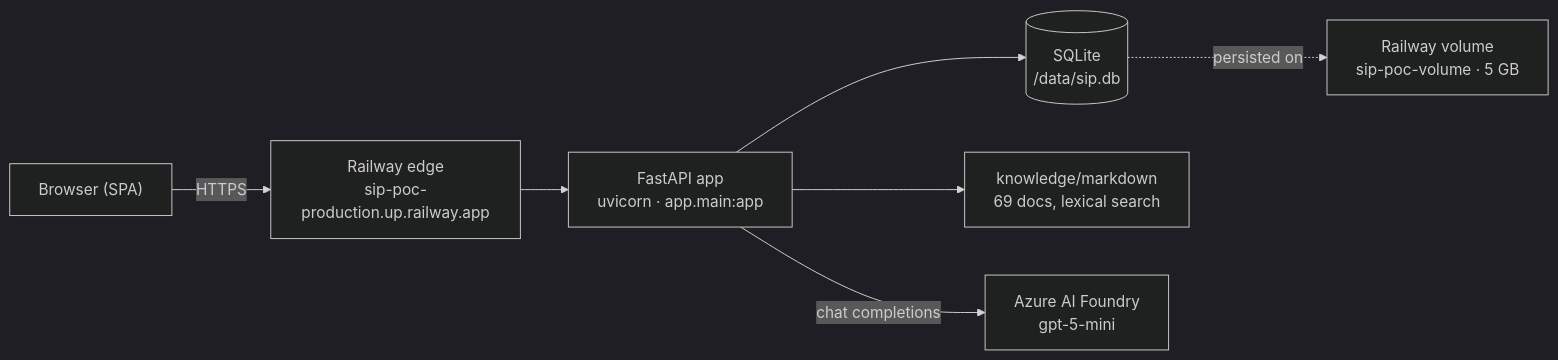
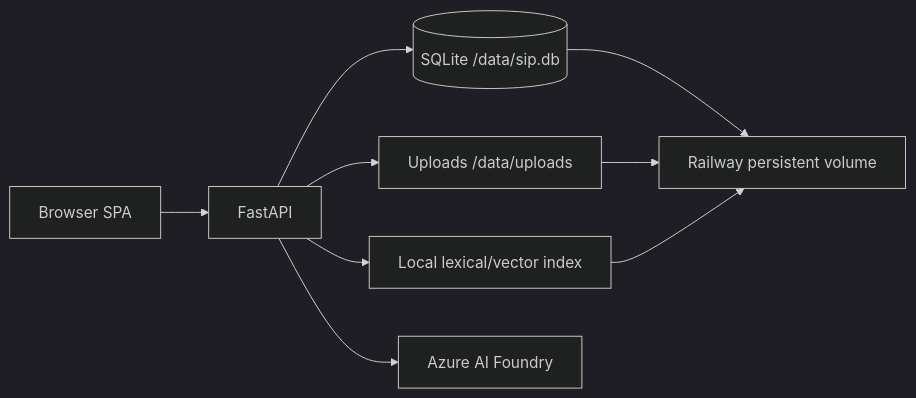
Before and after one commit to arryaetil/sip-poc: the diagram in README.md, drawn with Mermaid (dark theme). The commit also changed other lines of this file and 17 other files, not shown here.

Commit message:
Implement private workspaces uploads and persistent chat history

````diff
--- a/README.md
+++ b/README.md
@@ -27,9 +35,9 @@
 ```mermaid
 flowchart LR
-    U["Browser (SPA)"] -->|HTTPS| R["Railway edge<br/>sip-poc-production.up.railway.app"]
-    R --> A["FastAPI app<br/>uvicorn · app.main:app"]
-    A --> D[("SQLite<br/>/data/sip.db")]
-    A --> K["knowledge/markdown<br/>69 docs, lexical search"]
-    A -->|chat completions| F["Azure AI Foundry<br/>gpt-5-mini"]
-    D -.->|persisted on| V["Railway volume<br/>sip-poc-volume · 5 GB"]
+    B[Browser SPA] --> A[FastAPI]
+    A --> D[(SQLite /data/sip.db)]
+    A --> U[Uploads /data/uploads]
+    A --> V[Local lexical/vector index]
+    A --> F[Azure AI Foundry]
+    D & U & V --> R[Railway persistent volume]
 ```
````
